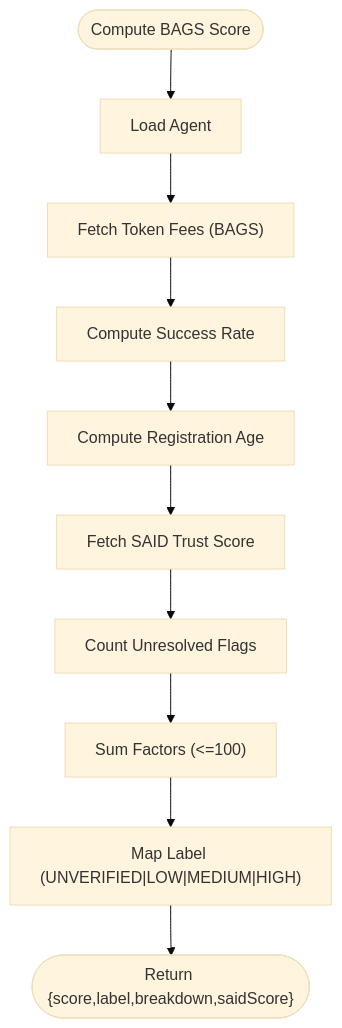
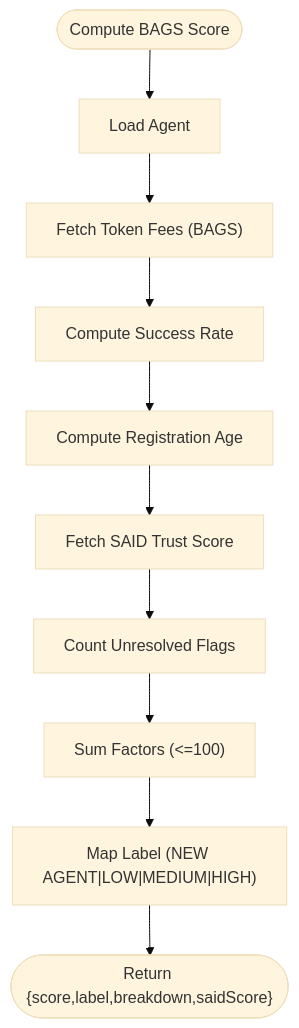
The fourth of 6 diagrams in .qoder/repowiki/en/content/Api Reference.md (RunTimeAdmin/AgentID), drawn with Mermaid (base theme) before and after one commit. The commit also changed other lines of this file and 31 other files, not shown here.

````diff
--- a/.qoder/repowiki/en/content/Api Reference.md
+++ b/.qoder/repowiki/en/content/Api Reference.md
@@ -408,12 +403,12 @@
 ```mermaid
 flowchart TD
 Start(["Compute BAGS Score"]) --> LoadAgent["Load Agent"]
 LoadAgent --> Fee["Fetch Token Fees (BAGS)"]
 Fee --> SuccessRate["Compute Success Rate"]
 SuccessRate --> Age["Compute Registration Age"]
 Age --> SAIDTrust["Fetch SAID Trust Score"]
 SAIDTrust --> Flags["Count Unresolved Flags"]
 Flags --> Sum["Sum Factors (<=100)"]
-Sum --> Label["Map Label (UNVERIFIED|LOW|MEDIUM|HIGH)"]
+Sum --> Label["Map Label (NEW AGENT|LOW|MEDIUM|HIGH)"]
 Label --> End(["Return {score,label,breakdown,saidScore}"])
 ```
````
